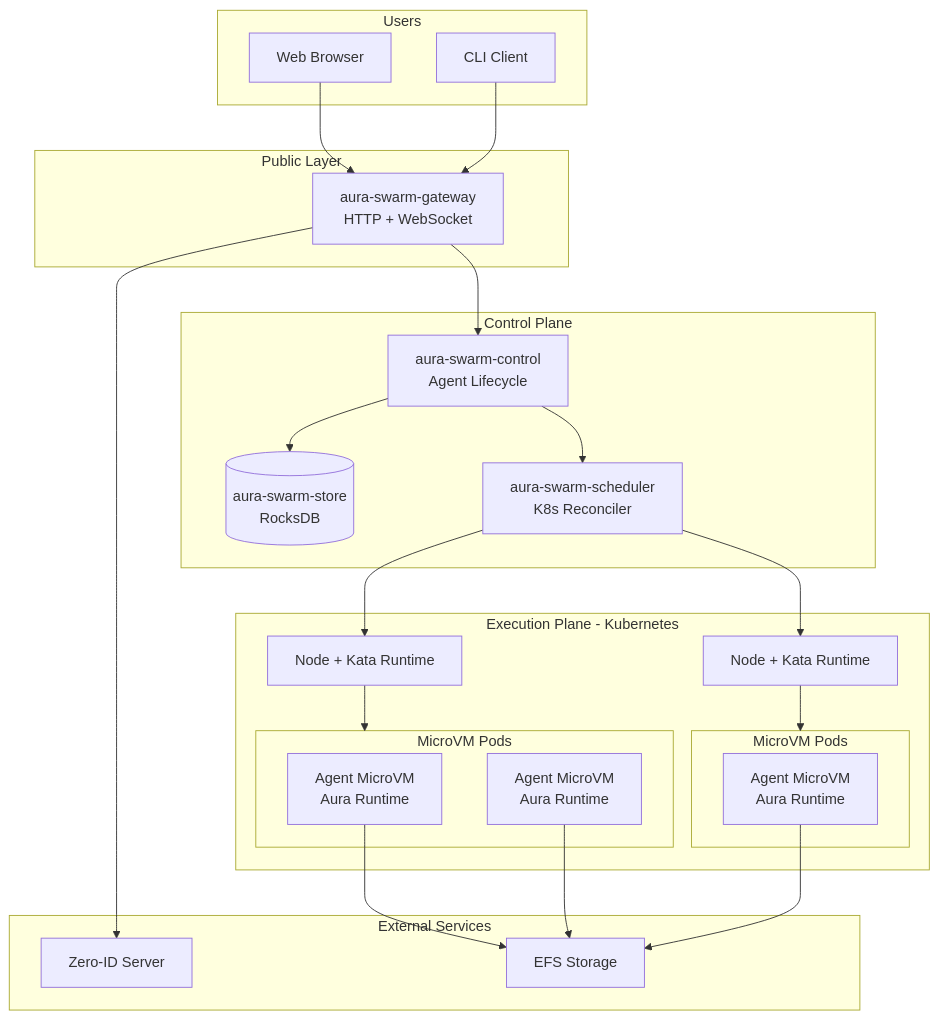
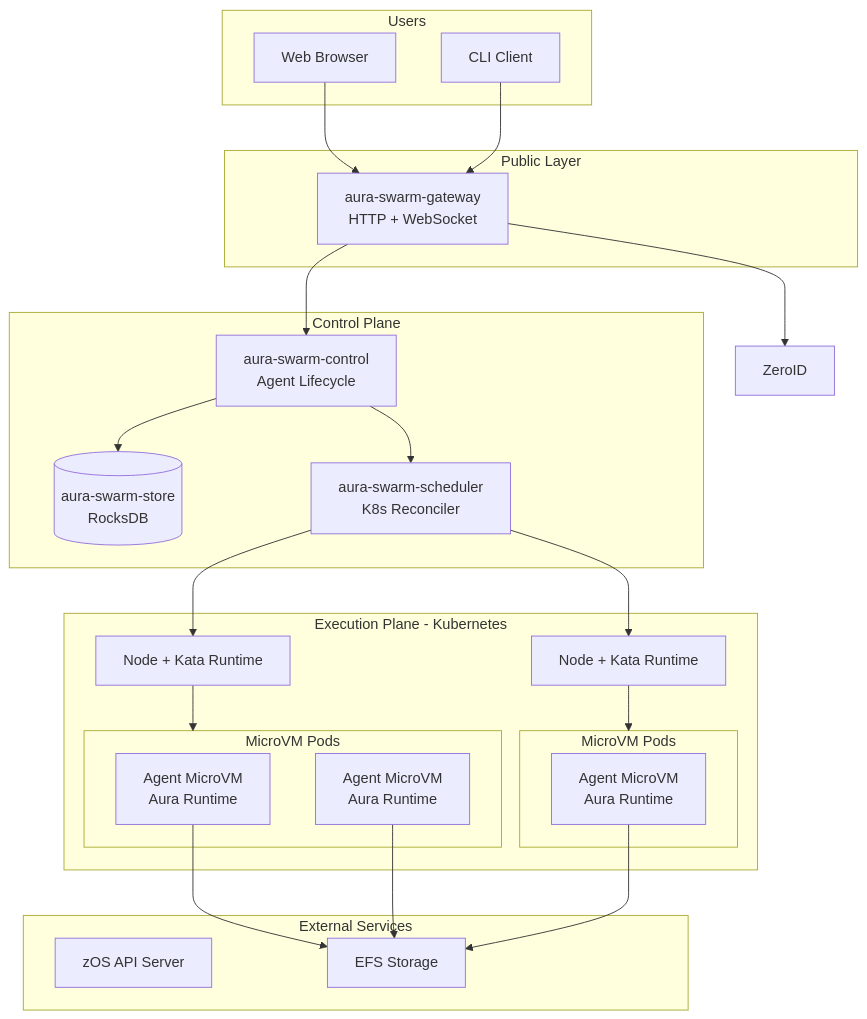
The first of 7 diagrams in docs/spec/v0.1.0/01-system-overview.md (cypher-asi/aura-swarm), drawn with Mermaid before and after one commit. The commit also changed other lines of this file and 64 other files, not shown here.

````diff
--- a/docs/spec/v0.1.0/01-system-overview.md
+++ b/docs/spec/v0.1.0/01-system-overview.md
@@ -38,50 +38,50 @@
 ```mermaid
 graph TB
     subgraph users [Users]
         Browser[Web Browser]
         CLI[CLI Client]
     end
     
     subgraph public [Public Layer]
         Gateway[aura-swarm-gateway<br/>HTTP + WebSocket]
     end
     
     subgraph control [Control Plane]
         Control[aura-swarm-control<br/>Agent Lifecycle]
         Store[(aura-swarm-store<br/>RocksDB)]
         Scheduler[aura-swarm-scheduler<br/>K8s Reconciler]
     end
     
     subgraph external [External Services]
-        ZeroID[Zero-ID Server]
+        zOS[zOS API Server]
         EFS[EFS Storage]
     end
     
     subgraph execution [Execution Plane - Kubernetes]
         Node1[Node + Kata Runtime]
         Node2[Node + Kata Runtime]
         
         subgraph pods1 [MicroVM Pods]
             Agent1[Agent MicroVM<br/>Aura Runtime]
             Agent2[Agent MicroVM<br/>Aura Runtime]
         end
         
         subgraph pods2 [MicroVM Pods]
             Agent3[Agent MicroVM<br/>Aura Runtime]
         end
     end
     
     Browser --> Gateway
     CLI --> Gateway
     Gateway --> ZeroID
     Gateway --> Control
     Control --> Store
     Control --> Scheduler
     Scheduler --> Node1
     Scheduler --> Node2
     Node1 --> pods1
     Node2 --> pods2
     Agent1 --> EFS
     Agent2 --> EFS
     Agent3 --> EFS
 ```
````
